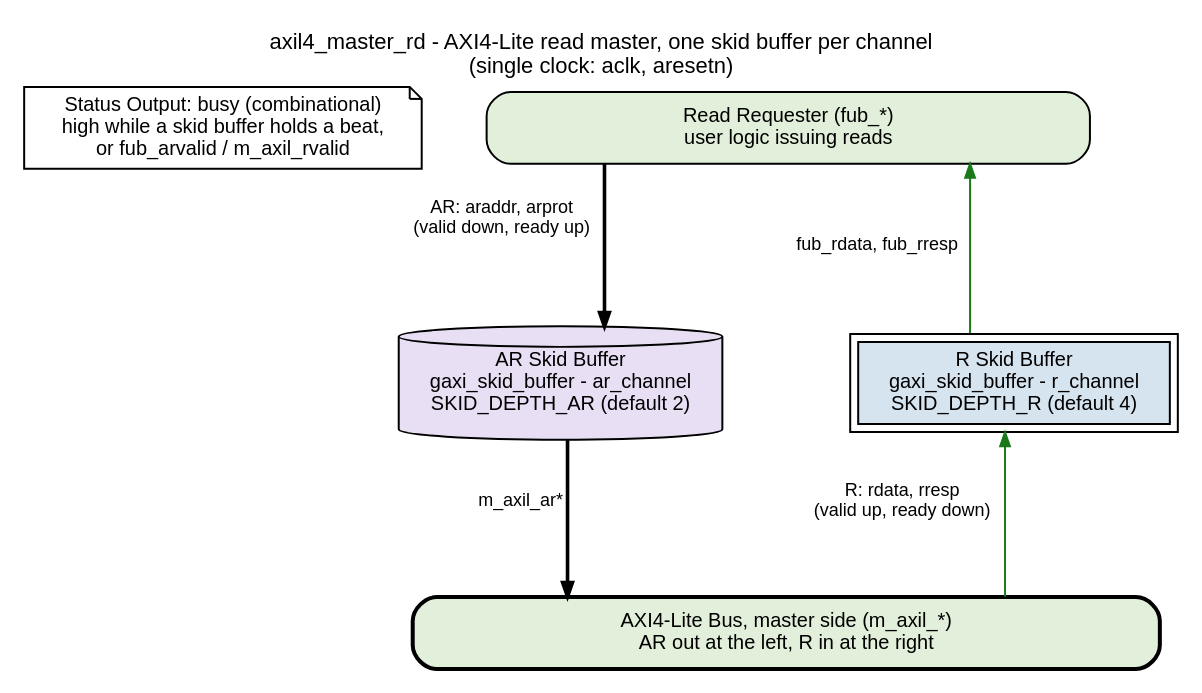
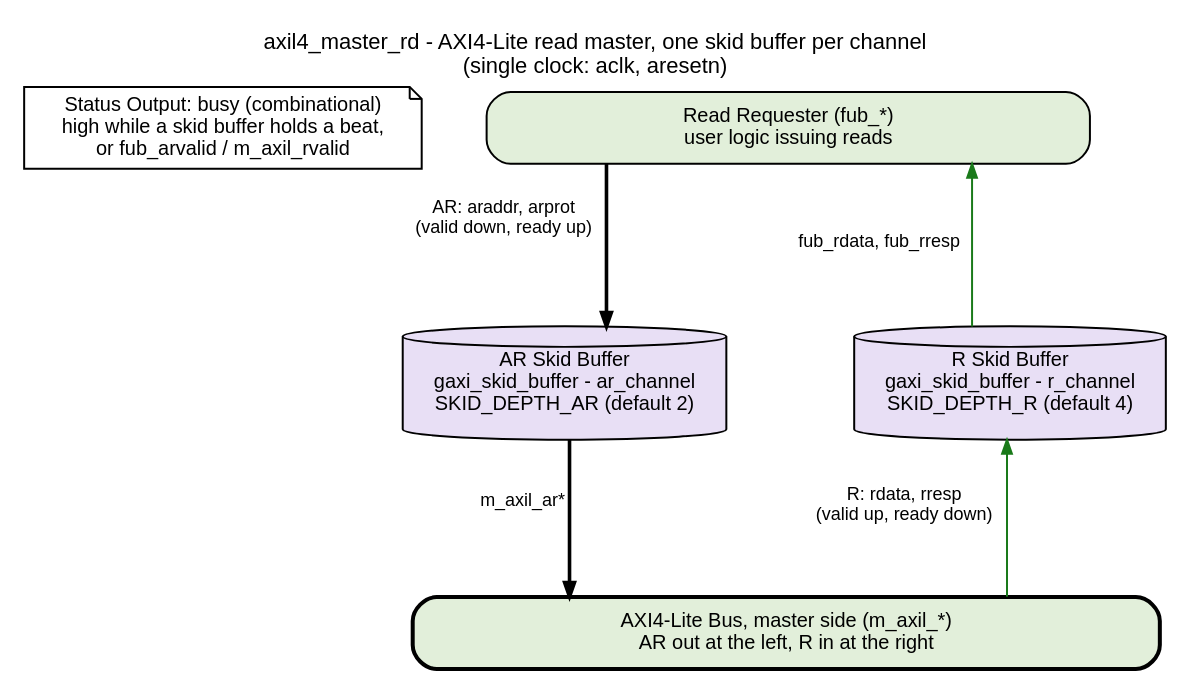
One commit to sean-galloway/RTLDesignSherpa changed the diagram in docs/markdown/assets/rtl-amba/graphviz/axil4_master_rd.dot. Above: the diagram before and after it, drawn with Graphviz. The commit also changed 31 other files, not shown here.

First line of the commit message:
docs(handbook, amba): a FIFO or skid child instance is a Storage cylinder; 15 rtl-amba diagrams swept

```diff
--- a/docs/markdown/assets/rtl-amba/graphviz/axil4_master_rd.dot
+++ b/docs/markdown/assets/rtl-amba/graphviz/axil4_master_rd.dot
@@ -1,33 +1,33 @@
 // axil4_master_rd block diagram - house style (vault/handbook/authoring/block-diagrams.md).
 // Generated from one family template so the four axil4 bases look alike.
 // The requester side is the top port, the completer side the bottom bar.
 // Requests run top-down through their skid buffers; the response climbs its own
 // lane on the right. Each hop is one edge: valid + payload one way, ready the other.
 // busy is a status output computed from the buffers' occupancy; its equation is in
 // its own white box in the port row rather than drawn as edges from every buffer.
 // Source of truth: rtl/amba/axil4/axil4_master_rd.sv.
 digraph axil4_master_rd {
     graph [rankdir=TB, bgcolor="white", fontname="Helvetica", fontsize=11,
            nodesep="0.45", ranksep="1.1", splines=ortho, newrank=true,
            label="axil4_master_rd - AXI4-Lite read master, one skid buffer per channel\n(single clock: aclk, aresetn)",
            labelloc=t, labeljust=c];
     node  [fontname="Helvetica", fontsize=10, shape=box, style=filled,
            fillcolor="white", color="black", margin="0.12,0.06"];
     edge  [fontname="Helvetica", fontsize=9, color="black", arrowsize=0.7];
 
     top  [label="Read Requester (fub_*)\nuser logic issuing reads", fillcolor="white", width=4.2, style="rounded,filled", fillcolor="#E2EFDA"];
     ar   [label="AR Skid Buffer\ngaxi_skid_buffer - ar_channel\nSKID_DEPTH_AR (default 2)", shape=cylinder, style="filled", fillcolor="#E8DFF5"];
-    r    [label="R Skid Buffer\ngaxi_skid_buffer - r_channel\nSKID_DEPTH_R (default 4)", peripheries=2, style="filled", fillcolor="#D6E4F0"];
+    r    [label="R Skid Buffer\ngaxi_skid_buffer - r_channel\nSKID_DEPTH_R (default 4)", shape=cylinder, style="filled", fillcolor="#E8DFF5"];
     busyo [label="Status Output: busy (combinational)\nhigh while a skid buffer holds a beat,\nor fub_arvalid / m_axil_rvalid", fillcolor="white", shape=note];
     bot  [label="AXI4-Lite Bus, master side (m_axil_*)\nAR out at the left, R in at the right", fillcolor="white", width=5.2, style="rounded,filled,bold", fillcolor="#E2EFDA"];
 
     top -> ar  [xlabel="AR: araddr, arprot\n(valid down, ready up)", penwidth=1.8];
     ar  -> bot [xlabel="m_axil_ar*", penwidth=1.8];
     r   -> bot [color="#1A7A1A", dir=back, xlabel="R: rdata, rresp\n(valid up, ready down)"];
     top -> r   [color="#1A7A1A", dir=back, xlabel="fub_rdata, fub_rresp"];
 
     { rank=same; ar; r; }
     ar -> r [style=invis, minlen=2];
     { rank=same; busyo; top; }
     busyo -> top [style=invis];
 }
```
